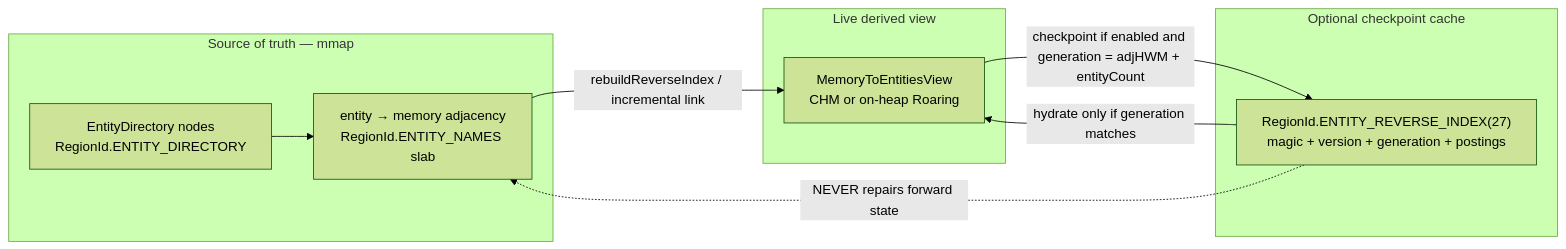
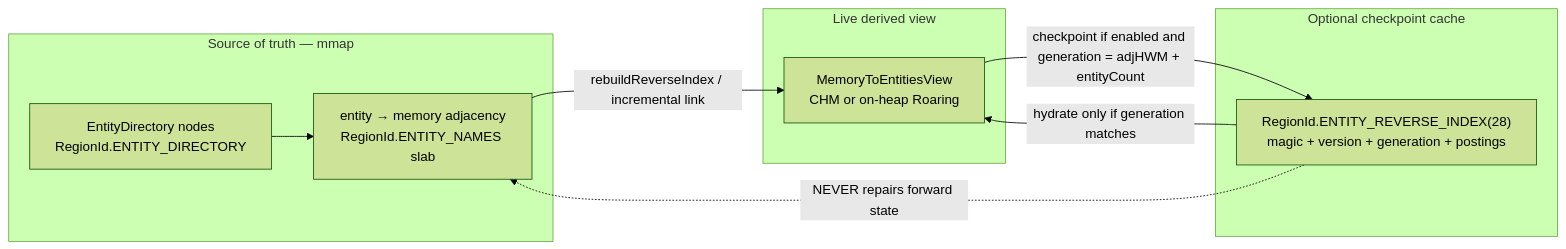
Before and after one commit to spectrayan/spector: the fourth of 5 diagrams in docs/adr/0082-index-plane-lifecycle-and-derived-view-reconciliation.md, drawn with Mermaid (forest theme). The commit also changed other lines of this file and 23 other files, not shown here.

````diff
--- a/docs/adr/0082-index-plane-lifecycle-and-derived-view-reconciliation.md
+++ b/docs/adr/0082-index-plane-lifecycle-and-derived-view-reconciliation.md
@@ -286,21 +286,21 @@
 ```mermaid
 flowchart LR
     subgraph Truth["Source of truth — mmap"]
         ED["EntityDirectory nodes<br/>RegionId.ENTITY_DIRECTORY"]
         ADJ["entity → memory adjacency<br/>RegionId.ENTITY_NAMES slab"]
     end
 
     subgraph Live["Live derived view"]
         VIEW["MemoryToEntitiesView<br/>CHM or on-heap Roaring"]
     end
 
     subgraph Optional["Optional checkpoint cache"]
-        REG["RegionId.ENTITY_REVERSE_INDEX(27)<br/>magic + version + generation + postings"]
+        REG["RegionId.ENTITY_REVERSE_INDEX(28)<br/>magic + version + generation + postings"]
     end
 
     ED --> ADJ
     ADJ -->|"rebuildReverseIndex / incremental link"| VIEW
     VIEW -->|"checkpoint if enabled and generation = adjHWM + entityCount"| REG
     REG -->|"hydrate only if generation matches"| VIEW
     REG -.->|"NEVER repairs forward state"| ADJ
 ```
````
